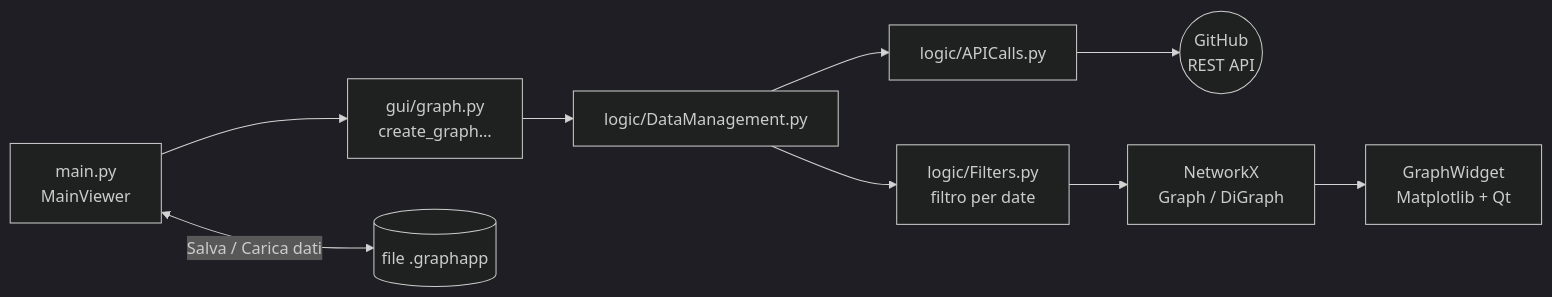
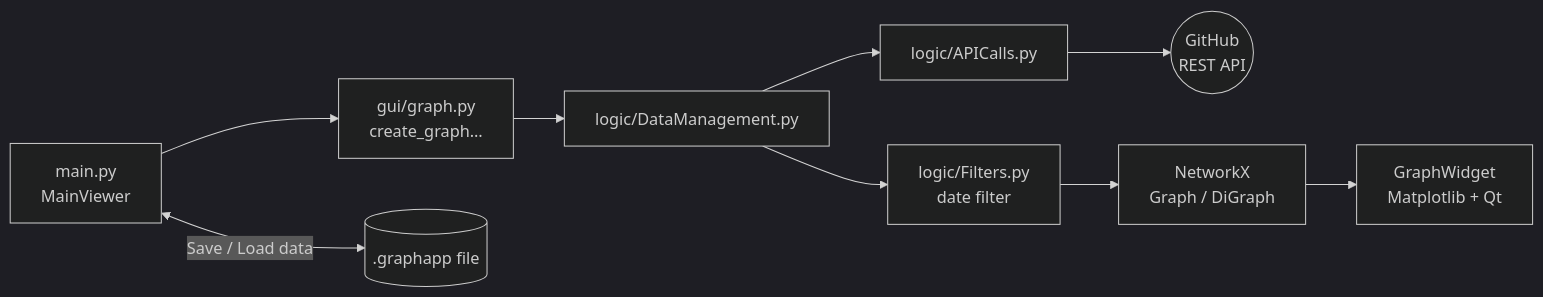
The diagram in README.md (gPiscopo3/Ingegneria-del-Software-2023), drawn with Mermaid (dark theme) before and after one commit. The commit also changed other lines of this file and 36 other files, not shown here.

````diff
--- a/README.md
+++ b/README.md
@@ -281,11 +339,11 @@
 ```mermaid
 flowchart LR
     GUI["main.py<br/>MainViewer"] --> G["gui/graph.py<br/>create_graph…"]
     G --> DM["logic/DataManagement.py"]
-    GUI <-->|Salva / Carica dati| FILE[("file .graphapp")]
+    GUI <-->|Save / Load data| FILE[(".graphapp file")]
     DM --> API["logic/APICalls.py"]
     API --> GH(("GitHub<br/>REST API"))
-    DM --> F["logic/Filters.py<br/>filtro per date"]
+    DM --> F["logic/Filters.py<br/>date filter"]
     F --> NX["NetworkX<br/>Graph / DiGraph"]
     NX --> W["GraphWidget<br/>Matplotlib + Qt"]
 ```
````
